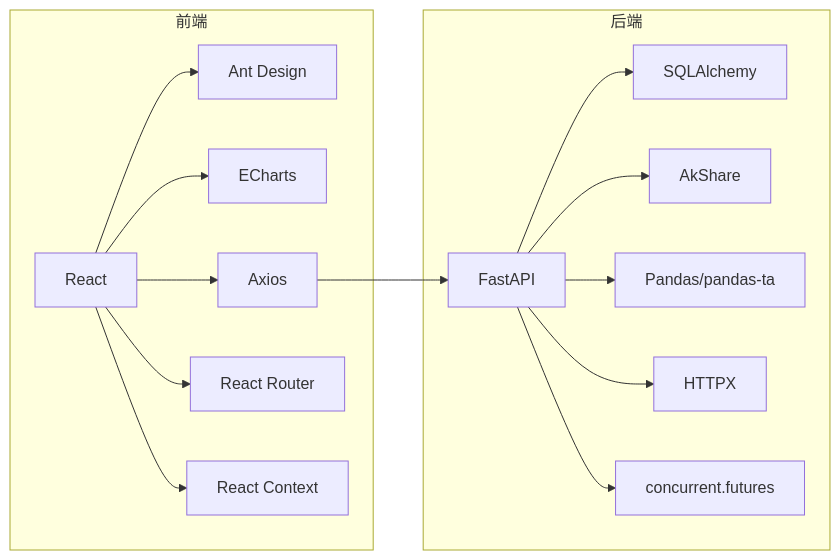
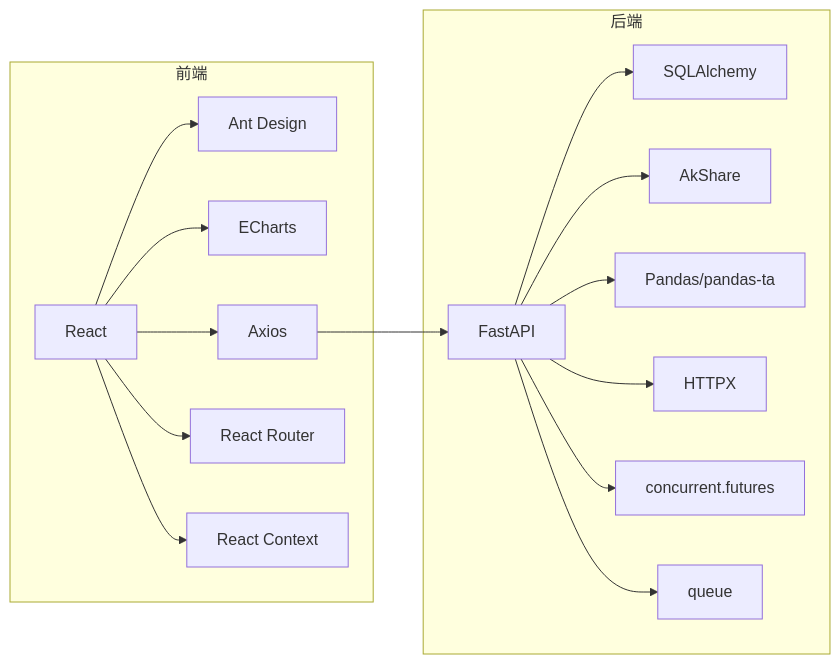
The seventh of 7 diagrams in .qoder/repowiki/zh/content/部署运维/性能优化.md (Moruime/stock_foker), drawn with Mermaid before and after one commit. The commit also changed other lines of this file and 16 other files, not shown here.

````diff
--- a/.qoder/repowiki/zh/content/部署运维/性能优化.md
+++ b/.qoder/repowiki/zh/content/部署运维/性能优化.md
@@ -400,30 +453,32 @@
 ```mermaid
 graph LR
 subgraph "后端"
 FA["FastAPI"]
 SA["SQLAlchemy"]
 AK["AkShare"]
 PD["Pandas/pandas-ta"]
 HT["HTTPX"]
 CF["concurrent.futures"]
+Q["queue"]
 end
 subgraph "前端"
 RE["React"]
 AN["Ant Design"]
 EC["ECharts"]
 AX["Axios"]
 DR["React Router"]
 RC["React Context"]
 end
 RE --> AX
 AX --> FA
 FA --> SA
 FA --> AK
 FA --> PD
 FA --> HT
 FA --> CF
+FA --> Q
 RE --> AN
 RE --> EC
 RE --> DR
 RE --> RC
 ```
````
